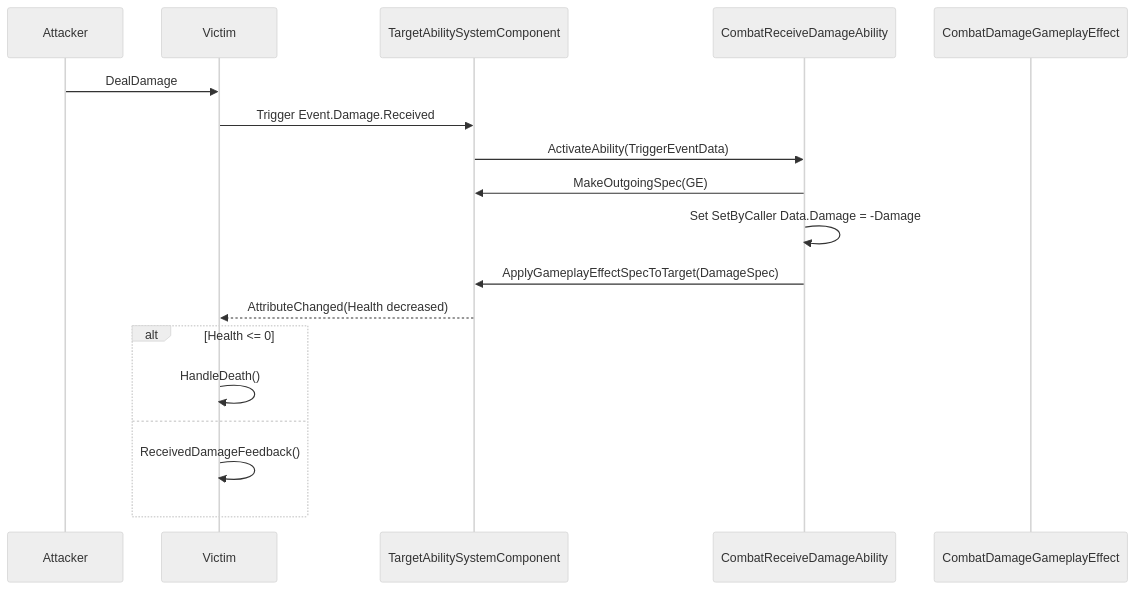
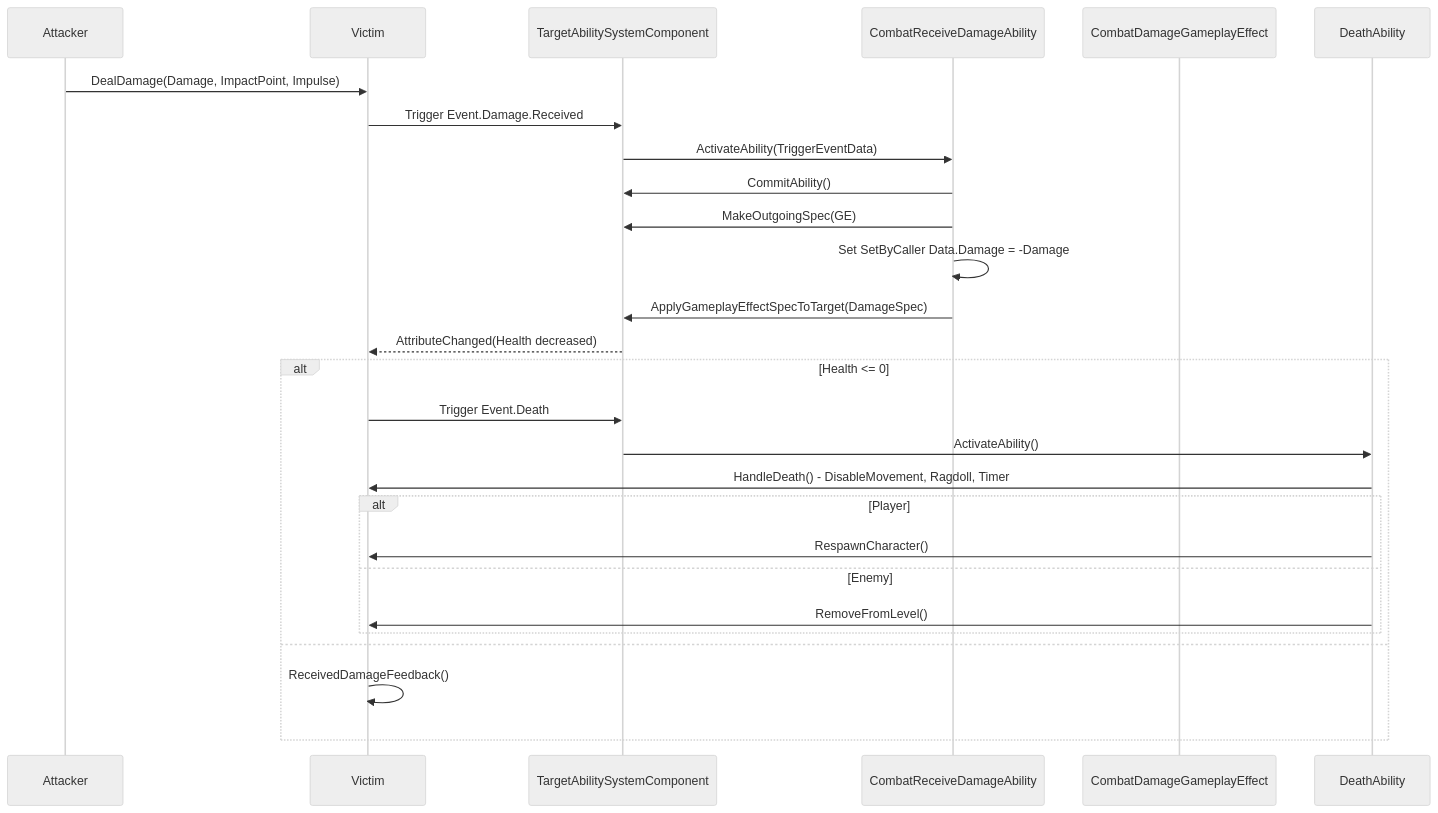
Before and after one commit to ngmitam/OptimizedGASDemo: the fourth of 5 diagrams in docs/GAS_SEQUENCE.md, drawn with Mermaid (neutral theme). The commit also changed other lines of this file and 59 other files, not shown here.

````diff
--- a/docs/GAS_SEQUENCE.md
+++ b/docs/GAS_SEQUENCE.md
@@ -101,21 +120,29 @@
 ```mermaid
 sequenceDiagram
     participant Source as Attacker
     participant Target as Victim
     participant TargetASC as TargetAbilitySystemComponent
     participant DamageAbility as CombatReceiveDamageAbility
     participant GE as CombatDamageGameplayEffect
 
-    Source->>Target: DealDamage
+    Source->>Target: DealDamage(Damage, ImpactPoint, Impulse)
     Target->>TargetASC: Trigger Event.Damage.Received
     TargetASC->>DamageAbility: ActivateAbility(TriggerEventData)
+    DamageAbility->>TargetASC: CommitAbility()
     DamageAbility->>TargetASC: MakeOutgoingSpec(GE)
     DamageAbility->>DamageAbility: Set SetByCaller Data.Damage = -Damage
     DamageAbility->>TargetASC: ApplyGameplayEffectSpecToTarget(DamageSpec)
     TargetASC-->>Target: AttributeChanged(Health decreased)
     alt Health <= 0
-        Target->>Target: HandleDeath()
+        Target->>TargetASC: Trigger Event.Death
+        TargetASC->>DeathAbility: ActivateAbility()
+        DeathAbility->>Target: HandleDeath() - DisableMovement, Ragdoll, Timer
+        alt Player
+            DeathAbility->>Target: RespawnCharacter()
+        else Enemy
+            DeathAbility->>Target: RemoveFromLevel()
+        end
     else
         Target->>Target: ReceivedDamageFeedback()
     end
 ```
````
